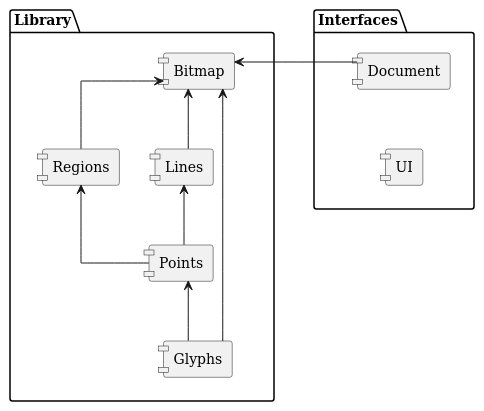
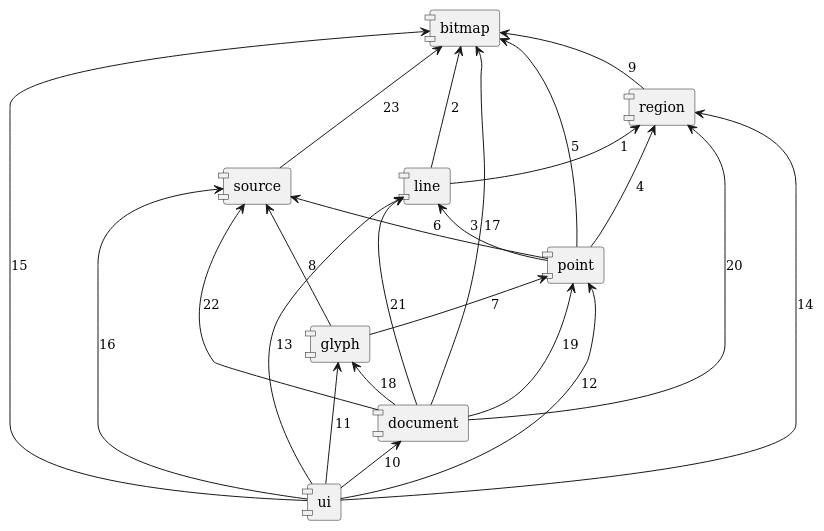
One commit to zwerdlds/GlyphMosaic changed the diagram in documentation/Specification/diagrams/top_level_modules.plantuml. Above: the diagram before and after it, drawn with PlantUML. The commit also changed 6 other files, not shown here.

```diff
--- a/documentation/Specification/diagrams/top_level_modules.plantuml
+++ b/documentation/Specification/diagrams/top_level_modules.plantuml
@@ -1,31 +1,39 @@
 @startuml
+skinparam ranksep 25
 skinparam componentStyle uml1
 skinparam defaultFontName DejaVu Serif
-skinparam linetype ortho
 
-package "Interfaces" as intf {
-    component "UI" as ui
-    component "Document" as file
+component "source" as src
+component "ui" as ui
+component "document" as doc
+component "bitmap" as bmp
+component "region" as reg
+component "line" as line
+component "point" as pts
+component "glyph" as gly
 
-    file -d[hidden]- ui
-}
-
-package "Library" as lib {
-    component "Bitmap" as bmp
-    component "Regions" as reg
-    component "Lines" as line
-    component "Points" as pts
-    component "Glyphs" as gly
-}
-
-lib -r[hidden]-> intf
-
-line -u-> bmp
-reg -u-> bmp
-pts -u-> line
-gly -u-> pts
-gly -u-> bmp
-pts -u-> reg
-file -l-> bmp
+line -u-> reg : 1
+line -u-> bmp : 2
+pts -u-> line : 3
+pts -u-> reg : 4
+pts -u-> bmp : 5
+pts -u-> src : 6
+gly -u-> pts : 7
+gly -u-> src : 8
+reg -u-> bmp : 9
+ui -u-> doc : 10
+ui -u-> gly : 11
+ui -u-> pts : 12
+ui -u-> line : 13
+ui -u-> reg : 14
+ui -u-> bmp : 15
+ui -u-> src : 16
+doc -u-> bmp : 17
+doc -u-> gly : 18
+doc -u-> pts : 19
+doc -u-> reg : 20
+doc -u-> line : 21
+doc -u-> src : 22
+src -u-> bmp : 23
 
 @enduml
```
